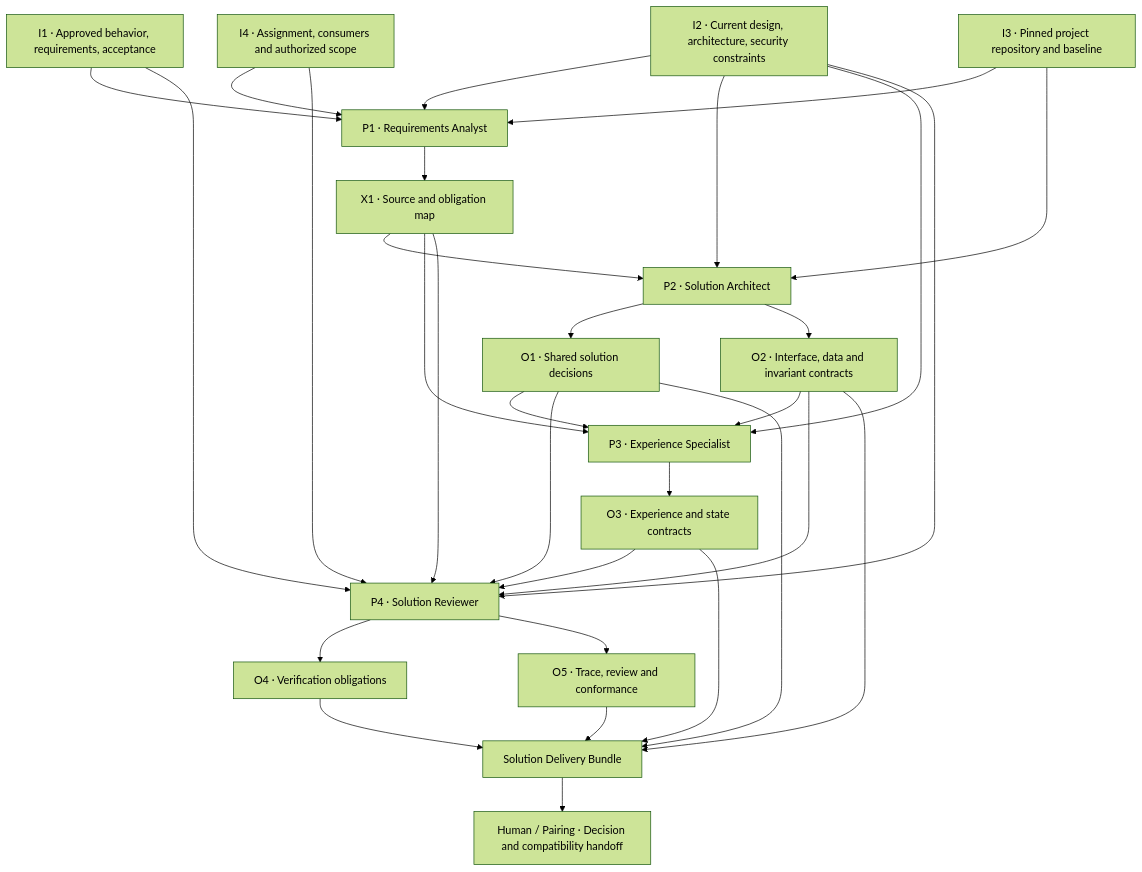
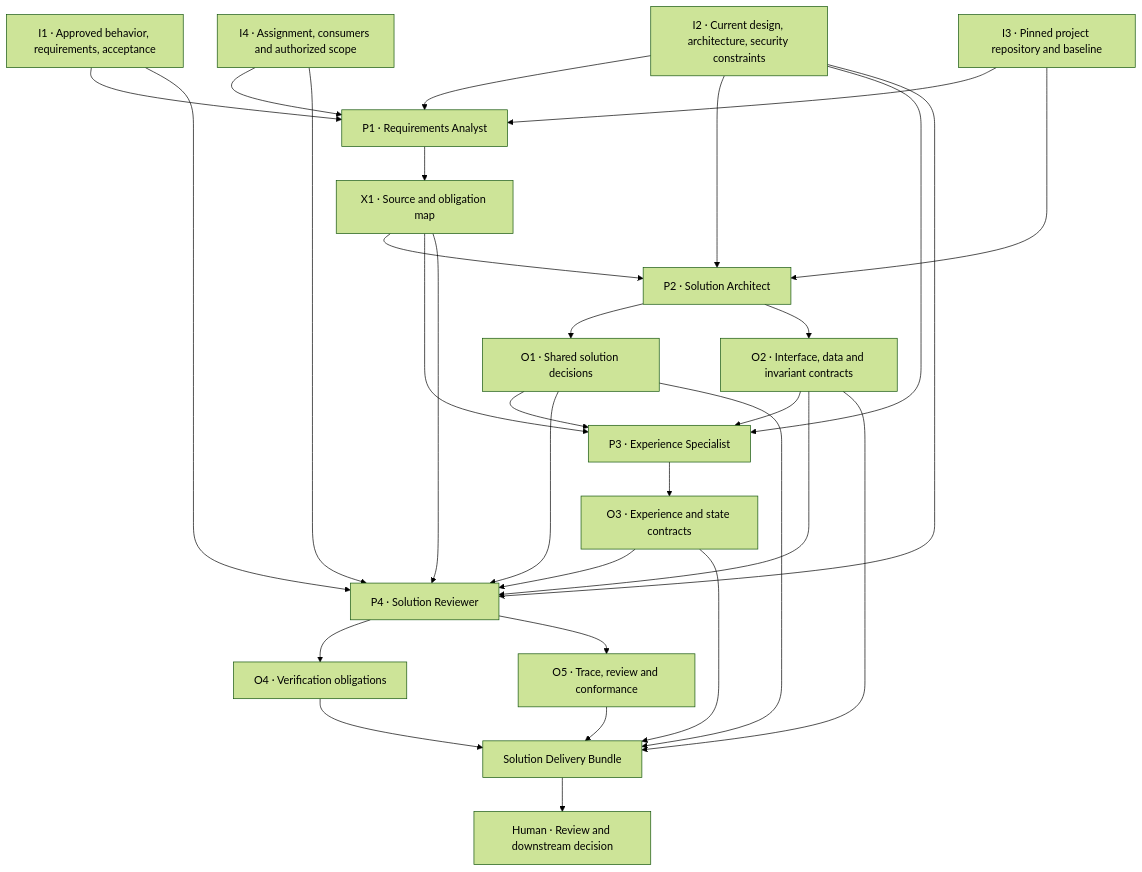
The diagram in spaces/feature-solution-design/composition/input-output-chain.md (anhsbolic/harscode-workspace), drawn with Mermaid (forest theme) before and after one commit. The commit also changed other lines of this file and 26 other files, not shown here.

Commit message:
research: Human-direct Space Coordinator modes and consequence-based approval gates

````diff
--- a/spaces/feature-solution-design/composition/input-output-chain.md
+++ b/spaces/feature-solution-design/composition/input-output-chain.md
@@ -8,55 +8,55 @@
 ```mermaid
 flowchart TD
     I1["I1 · Approved behavior, requirements, acceptance"]
     I2["I2 · Current design, architecture, security constraints"]
     I3["I3 · Pinned project repository and baseline"]
     I4["I4 · Assignment, consumers and authorized scope"]
 
     RA["P1 · Requirements Analyst"]
     X1["X1 · Source and obligation map"]
     SA["P2 · Solution Architect"]
     O1["O1 · Shared solution decisions"]
     O2["O2 · Interface, data and invariant contracts"]
     ES["P3 · Experience Specialist"]
     O3["O3 · Experience and state contracts"]
     RV["P4 · Solution Reviewer"]
     O4["O4 · Verification obligations"]
     O5["O5 · Trace, review and conformance"]
     B["Solution Delivery Bundle"]
-    HC["Human / Pairing · Decision and compatibility handoff"]
+    HC["Human · Review and downstream decision"]
 
     I1 --> RA
     I2 --> RA
     I3 --> RA
     I4 --> RA
     RA --> X1
 
     X1 --> SA
     I2 --> SA
     I3 --> SA
     SA --> O1
     SA --> O2
 
     X1 --> ES
     I2 --> ES
     O1 --> ES
     O2 --> ES
     ES --> O3
 
     I1 --> RV
     I2 --> RV
     I4 --> RV
     X1 --> RV
     O1 --> RV
     O2 --> RV
     O3 --> RV
     RV --> O4
     RV --> O5
 
     O1 --> B
     O2 --> B
     O3 --> B
     O4 --> B
     O5 --> B
     B --> HC
 ```
````
